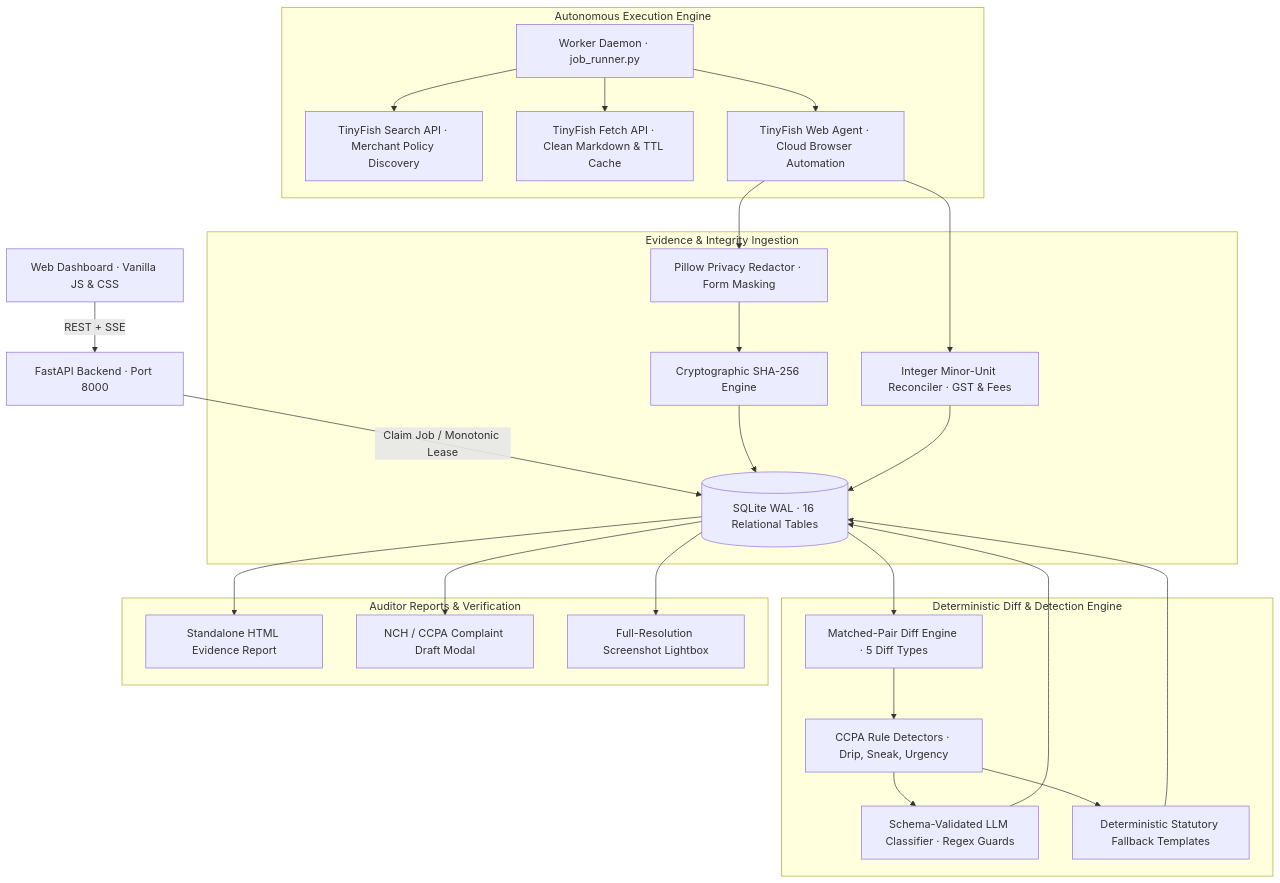
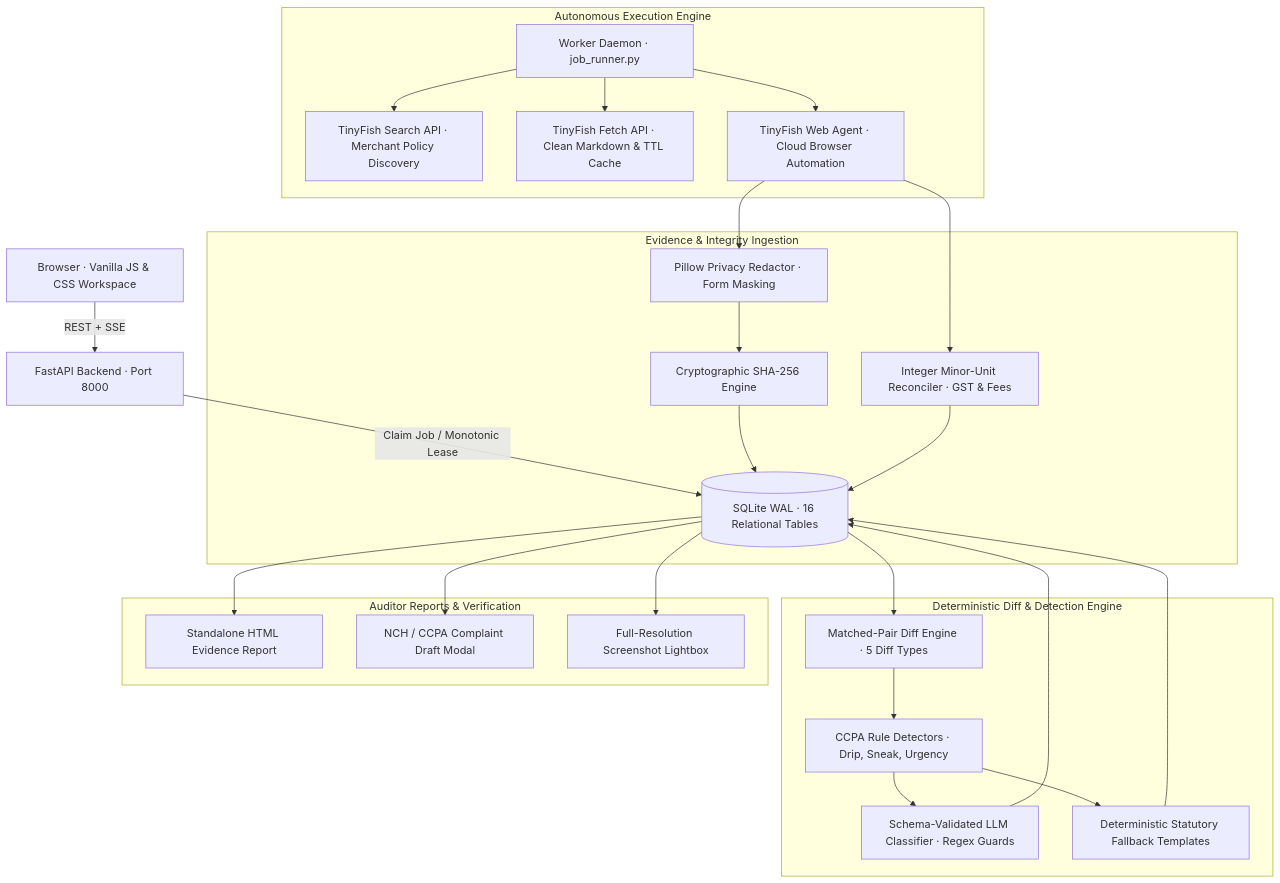
The diagram in README.md (patchyevolve/CheckOutRadar), drawn with Mermaid before and after one commit. The commit also changed other lines of this file, not shown here.

````diff
--- a/README.md
+++ b/README.md
@@ -118,43 +84,43 @@
 ```mermaid
 flowchart TD
-    UI["Web Dashboard · Vanilla JS & CSS"] -->|REST + SSE| API["FastAPI Backend · Port 8000"]
+    WEB["Browser · Vanilla JS & CSS Workspace"] -->|REST + SSE| API["FastAPI Backend · Port 8000"]
     API -->|Claim Job / Monotonic Lease| DB[("SQLite WAL · 16 Relational Tables")]
     
     subgraph Execution ["Autonomous Execution Engine"]
         WORKER["Worker Daemon · job_runner.py"]
         TF_SEARCH["TinyFish Search API · Merchant Policy Discovery"]
         TF_FETCH["TinyFish Fetch API · Clean Markdown & TTL Cache"]
         TF_AGENT["TinyFish Web Agent · Cloud Browser Automation"]
         WORKER --> TF_SEARCH
         WORKER --> TF_FETCH
         WORKER --> TF_AGENT
     end
     
     subgraph Ingestion ["Evidence & Integrity Ingestion"]
         REDACT["Pillow Privacy Redactor · Form Masking"]
         HASH["Cryptographic SHA-256 Engine"]
         MATH["Integer Minor-Unit Reconciler · GST & Fees"]
         TF_AGENT --> REDACT --> HASH --> DB
         TF_AGENT --> MATH --> DB
     end
     
     subgraph Analysis ["Deterministic Diff & Detection Engine"]
         DIFF["Matched-Pair Diff Engine · 5 Diff Types"]
         DETECT["CCPA Rule Detectors · Drip, Sneak, Urgency"]
         LLM["Schema-Validated LLM Classifier · Regex Guards"]
         FALLBACK["Deterministic Statutory Fallback Templates"]
         DB --> DIFF --> DETECT
         DETECT --> LLM --> DB
         DETECT --> FALLBACK --> DB
     end
     
     subgraph Reporting ["Auditor Reports & Verification"]
         HTML_REP["Standalone HTML Evidence Report"]
         CCPA_DRAFT["NCH / CCPA Complaint Draft Modal"]
         LIGHTBOX["Full-Resolution Screenshot Lightbox"]
     end
     
     DB --> HTML_REP
     DB --> CCPA_DRAFT
     DB --> LIGHTBOX
 ```
````
